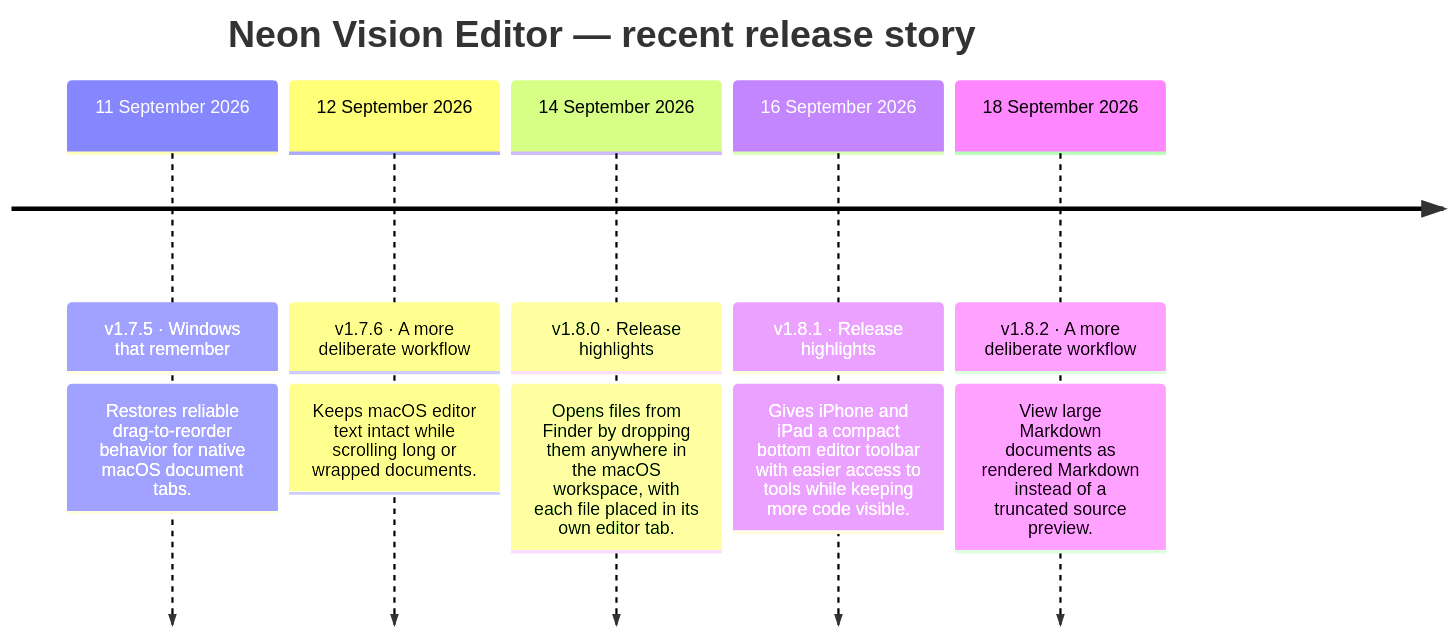
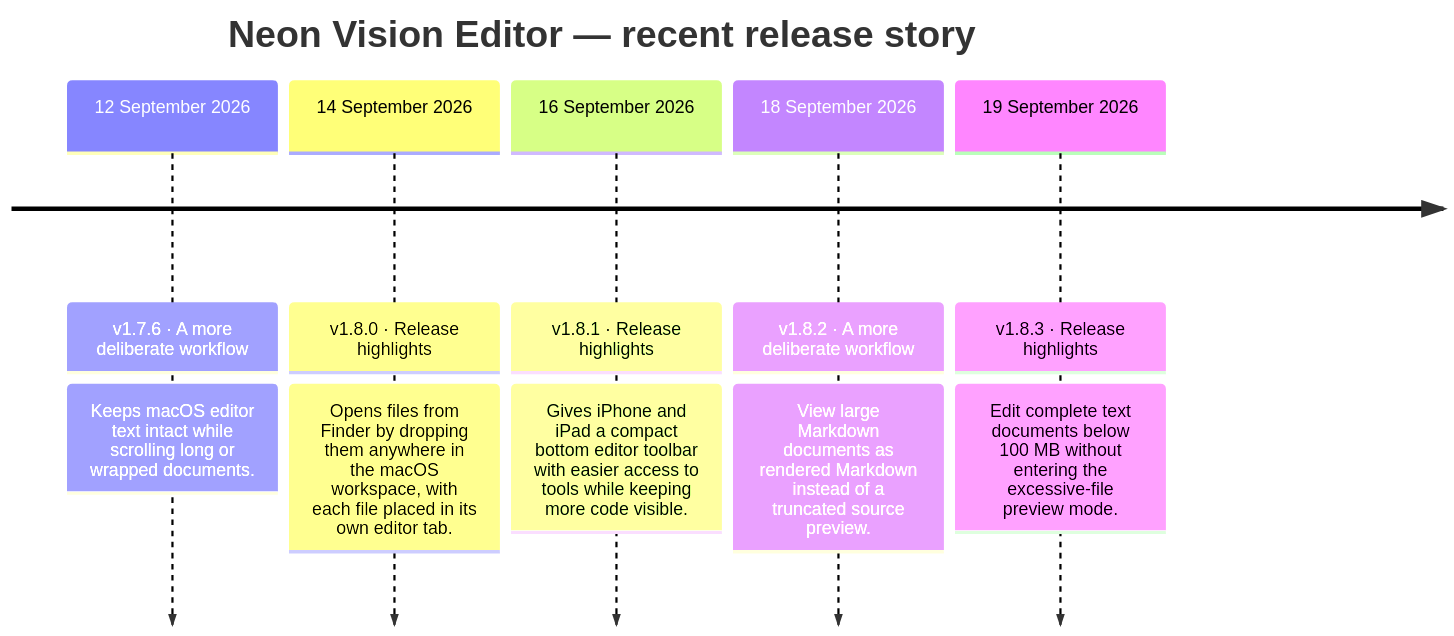
The diagram in README.md (h3pdesign/Neon-Vision-Editor), drawn with Mermaid before and after one commit. The commit also changed other lines of this file and 9 other files, not shown here.

````diff
--- a/README.md
+++ b/README.md
@@ -761,14 +756,14 @@
 ```mermaid
 timeline
     title Neon Vision Editor — recent release story
-    11 September 2026 : v1.7.5 · Windows that remember
-                : Restores reliable drag-to-reorder behavior for native macOS document tabs.
     12 September 2026 : v1.7.6 · A more deliberate workflow
                 : Keeps macOS editor text intact while scrolling long or wrapped documents.
     14 September 2026 : v1.8.0 · Release highlights
                 : Opens files from Finder by dropping them anywhere in the macOS workspace, with each file placed in its own editor tab.
     16 September 2026 : v1.8.1 · Release highlights
                 : Gives iPhone and iPad a compact bottom editor toolbar with easier access to tools while keeping more code visible.
     18 September 2026 : v1.8.2 · A more deliberate workflow
                 : View large Markdown documents as rendered Markdown instead of a truncated source preview.
+    19 September 2026 : v1.8.3 · Release highlights
+                : Edit complete text documents below 100 MB without entering the excessive-file preview mode.
 ```
````
